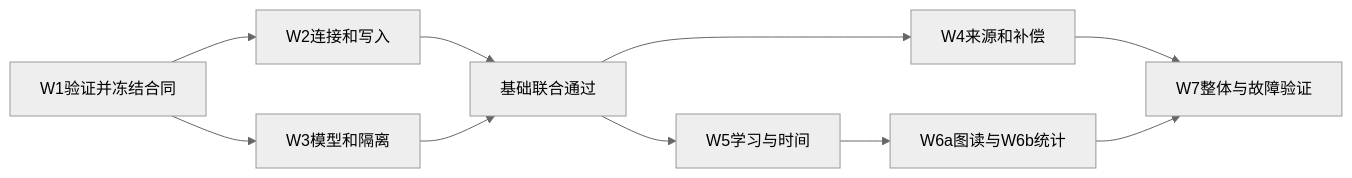
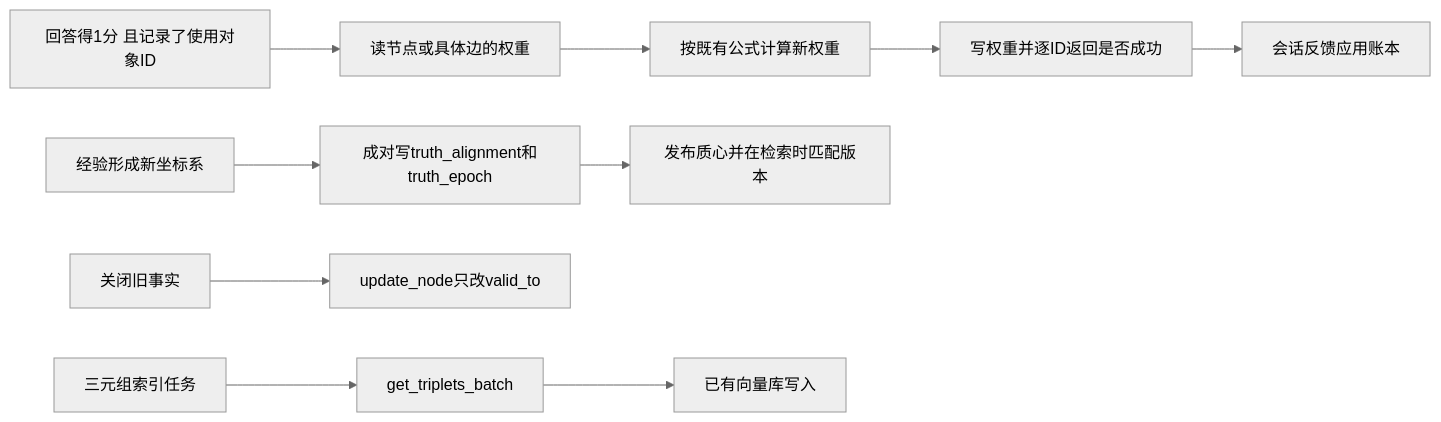
One commit to stefanv5/memory-platform-architecture changed diagram 20 of 23 in docs/cognee/graph-storage-postgres-analysis.md. Above: the diagram before and after it, drawn with Mermaid (neutral theme). The commit also changed other lines of this file, not shown here.

````diff
--- a/docs/cognee/graph-storage-postgres-analysis.md
+++ b/docs/cognee/graph-storage-postgres-analysis.md
@@ -420,12 +705,12 @@
 ```mermaid
 flowchart LR
-    P[W1验证并冻结合同] --> A[W2连接和写入]
-    P --> B[W3模型和隔离]
-    A --> J[基础联合通过]
-    B --> J
-    J --> C[W4来源和补偿]
-    J --> D[W5学习与时间]
-    D --> E[W6a图读与W6b统计]
-    C --> F[W7整体与故障验证]
-    E --> F
+    F[回答得1分 且记录了使用对象ID] --> R[读节点或具体边的权重]
+    R --> C[按既有公式计算新权重]
+    C --> W[写权重并逐ID返回是否成功]
+    W --> L[会话反馈应用账本]
+    T[经验形成新坐标系] --> S[成对写truth_alignment和truth_epoch]
+    S --> P[发布质心并在检索时匹配版本]
+    V[关闭旧事实] --> U[update_node只改valid_to]
+    G[三元组索引任务] --> B[get_triplets_batch]
+    B --> E[已有向量库写入]
 ```
````
